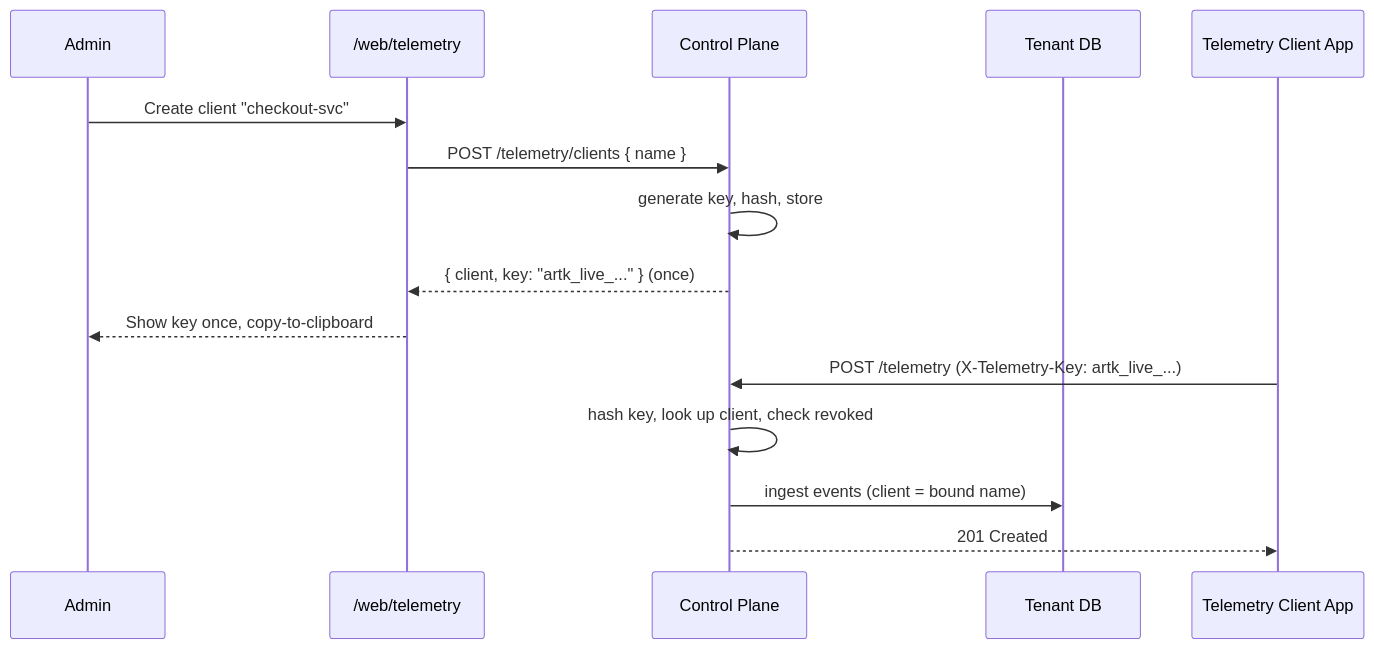
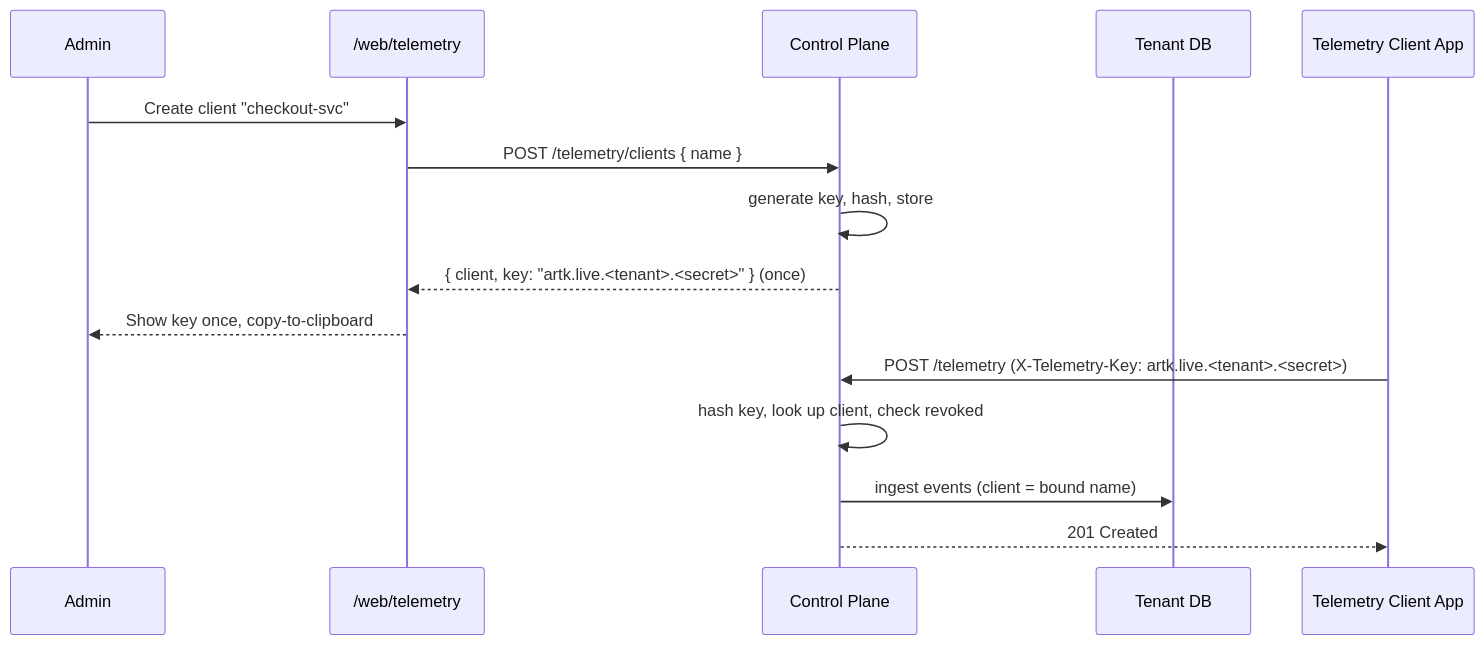
Before and after one commit to zackiles/agent-runtime: the second of 2 diagrams in docs/rfc/rfc-008-telemetry-client-api-keys.md, drawn with Mermaid. The commit also changed other lines of this file, not shown here.

First line of the commit message:
docs(rfc): resolve telemetry key tenant-resolution and audit issues

````diff
--- a/docs/rfc/rfc-008-telemetry-client-api-keys.md
+++ b/docs/rfc/rfc-008-telemetry-client-api-keys.md
@@ -164,19 +168,19 @@
 ```mermaid
 sequenceDiagram
     participant Admin
     participant Web as /web/telemetry
     participant CP as Control Plane
     participant DB as Tenant DB
     participant App as Telemetry Client App
 
     Admin->>Web: Create client "checkout-svc"
     Web->>CP: POST /telemetry/clients { name }
     CP->>CP: generate key, hash, store
-    CP-->>Web: { client, key: "artk_live_..." }  (once)
+    CP-->>Web: { client, key: "artk.live.<tenant>.<secret>" }  (once)
     Web-->>Admin: Show key once, copy-to-clipboard
 
-    App->>CP: POST /telemetry  (X-Telemetry-Key: artk_live_...)
+    App->>CP: POST /telemetry  (X-Telemetry-Key: artk.live.<tenant>.<secret>)
     CP->>CP: hash key, look up client, check revoked
     CP->>DB: ingest events (client = bound name)
     CP-->>App: 201 Created
 ```
````
